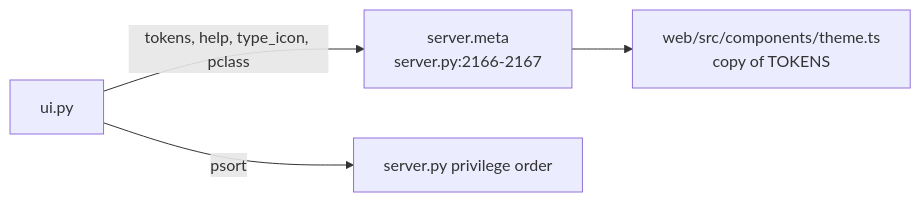
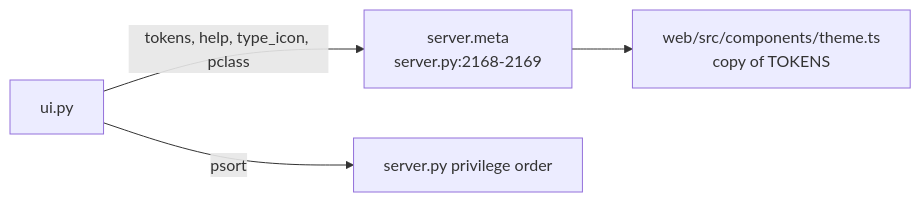
Before and after one commit to darshanmeel/snowflake-access-explorer: the diagram in snowflake-access-explorer-knowledge-graph/modules/ui.md, drawn with Mermaid. The commit also changed 73 other files, not shown here.

Commit message:
Knowledge graph: review fixes (escaped SQL names, CSV head rows, own queries out in Snowflake, UTC window, snapshot re-read, answer cache, docs)

````diff
--- a/snowflake-access-explorer-knowledge-graph/modules/ui.md
+++ b/snowflake-access-explorer-knowledge-graph/modules/ui.md
@@ -6,6 +6,6 @@
 ```mermaid
 flowchart LR
-  UI[ui.py] -->|tokens, help, type_icon, pclass| M[server.meta<br/>server.py:2166-2167]
+  UI[ui.py] -->|tokens, help, type_icon, pclass| M[server.meta<br/>server.py:2168-2169]
   M --> W[web/src/components/theme.ts<br/>copy of TOKENS]
   UI -->|psort| S[server.py privilege order]
 ```
````
